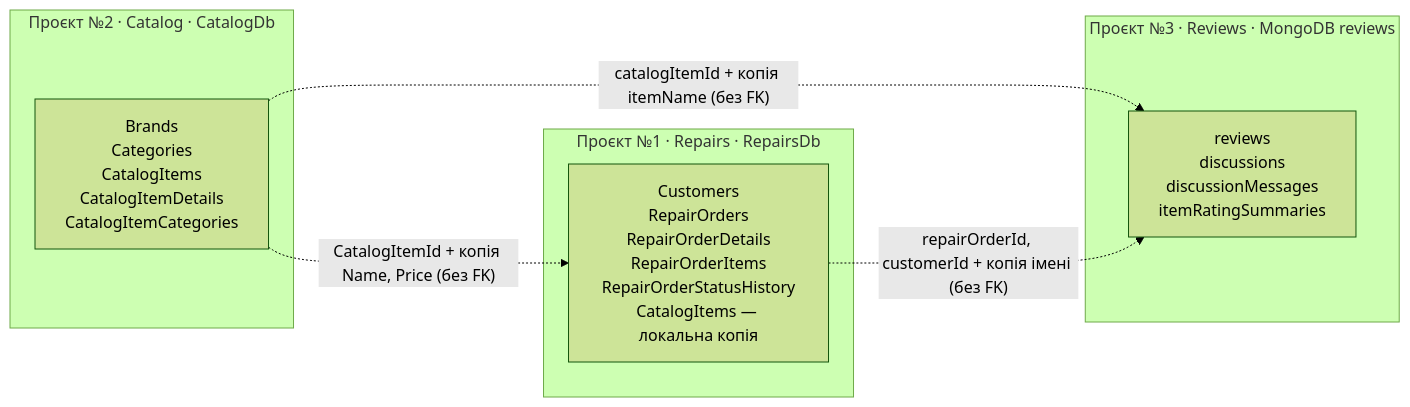
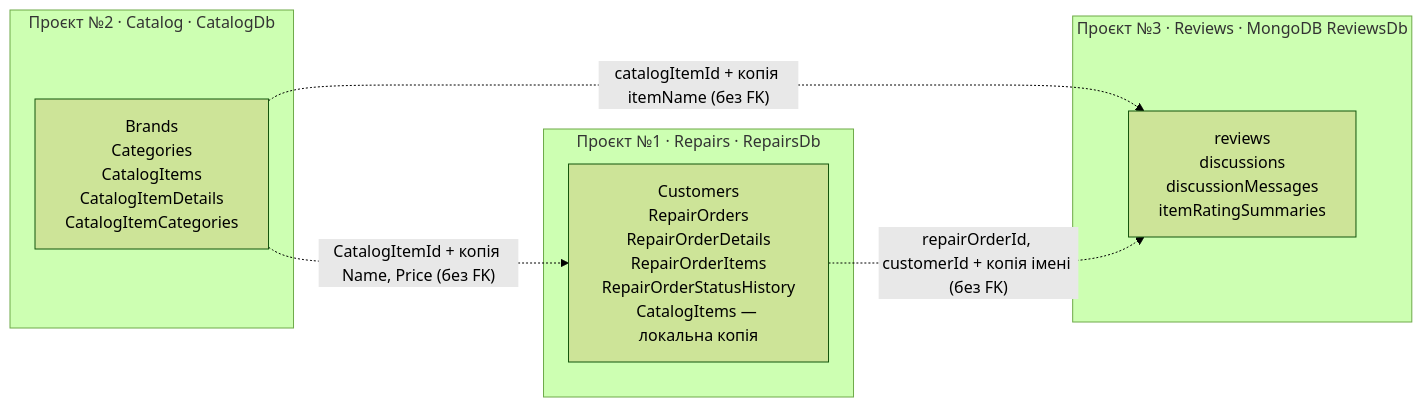
Before and after one commit to totalbyte/dotnet-practice: the first of 3 diagrams in README.md, drawn with Mermaid (forest theme). The commit also changed other lines of this file and 11 other files, not shown here.

````diff
--- a/README.md
+++ b/README.md
@@ -50,15 +53,15 @@
 ```mermaid
 flowchart LR
     subgraph P1["Проєкт №1 · Repairs · RepairsDb"]
         R[Customers<br/>RepairOrders<br/>RepairOrderDetails<br/>RepairOrderItems<br/>RepairOrderStatusHistory<br/>CatalogItems — локальна копія]
     end
     subgraph P2["Проєкт №2 · Catalog · CatalogDb"]
         C[Brands<br/>Categories<br/>CatalogItems<br/>CatalogItemDetails<br/>CatalogItemCategories]
     end
-    subgraph P3["Проєкт №3 · Reviews · MongoDB reviews"]
+    subgraph P3["Проєкт №3 · Reviews · MongoDB ReviewsDb"]
         V[reviews<br/>discussions<br/>discussionMessages<br/>itemRatingSummaries]
     end
     C -. "CatalogItemId + копія Name, Price (без FK)" .-> R
     C -. "catalogItemId + копія itemName (без FK)" .-> V
     R -. "repairOrderId, customerId + копія імені (без FK)" .-> V
 ```
````
